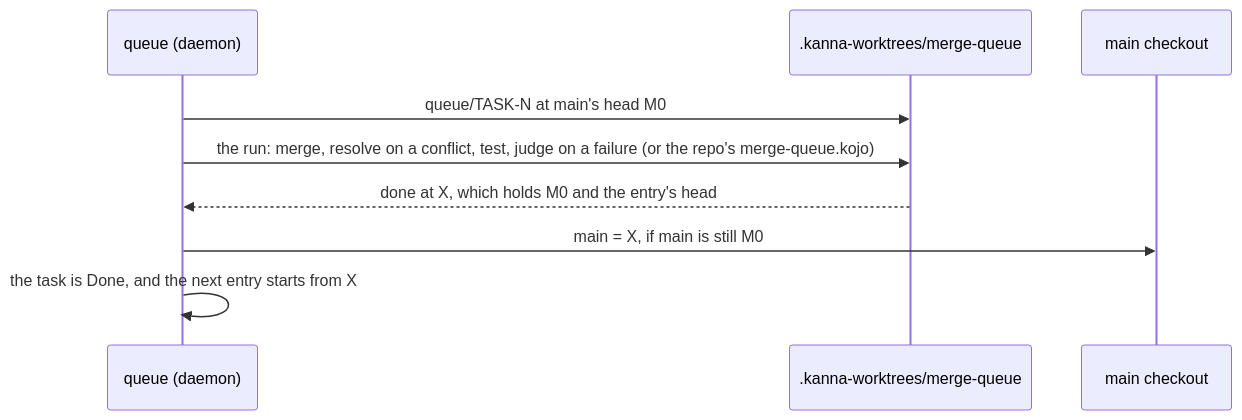
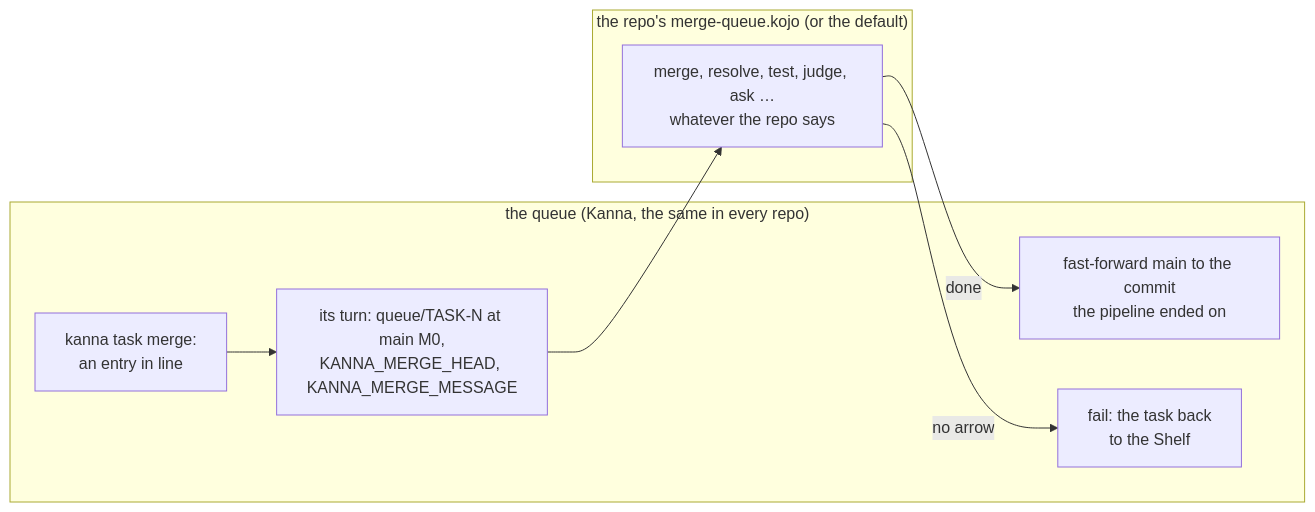
Before and after one commit to tampopogk/kanna: the second of 8 diagrams in docs/specs/merge-queue.md, drawn with Mermaid. The commit also changed other lines of this file and 6 other files, not shown here.

Commit message:
The default merge-queue pipeline is a .kojo file the daemon includes, and the merge queue spec takes in the conflict stage: the queue lines entries up and lands what the pipeline ends on; the merge, the resolver and a repo's own pipeline are sections of it

````diff
--- a/docs/specs/merge-queue.md
+++ b/docs/specs/merge-queue.md
@@ -71,11 +71,14 @@
 ```mermaid
-sequenceDiagram
-    participant Q as queue (daemon)
-    participant W as .kanna-worktrees/merge-queue
-    participant M as main checkout
-    Q->>W: queue/TASK-N at main's head M0
-    Q->>W: the run: merge, resolve on a conflict, test, judge on a failure (or the repo's merge-queue.kojo)
-    W-->>Q: done at X, which holds M0 and the entry's head
-    Q->>M: main = X, if main is still M0
-    Q->>Q: the task is Done, and the next entry starts from X
+flowchart LR
+    subgraph Q["the queue (Kanna, the same in every repo)"]
+        E["kanna task merge:<br/>an entry in line"] --> S["its turn: queue/TASK-N at main M0,<br/>KANNA_MERGE_HEAD, KANNA_MERGE_MESSAGE"]
+        L["fast-forward main to the commit<br/>the pipeline ended on"]
+        F["fail: the task back<br/>to the Shelf"]
+    end
+    subgraph P["the repo's merge-queue.kojo (or the default)"]
+        X["merge, resolve, test, judge, ask …<br/>whatever the repo says"]
+    end
+    S --> X
+    X -->|"done"| L
+    X -->|"no arrow"| F
 ```
````
